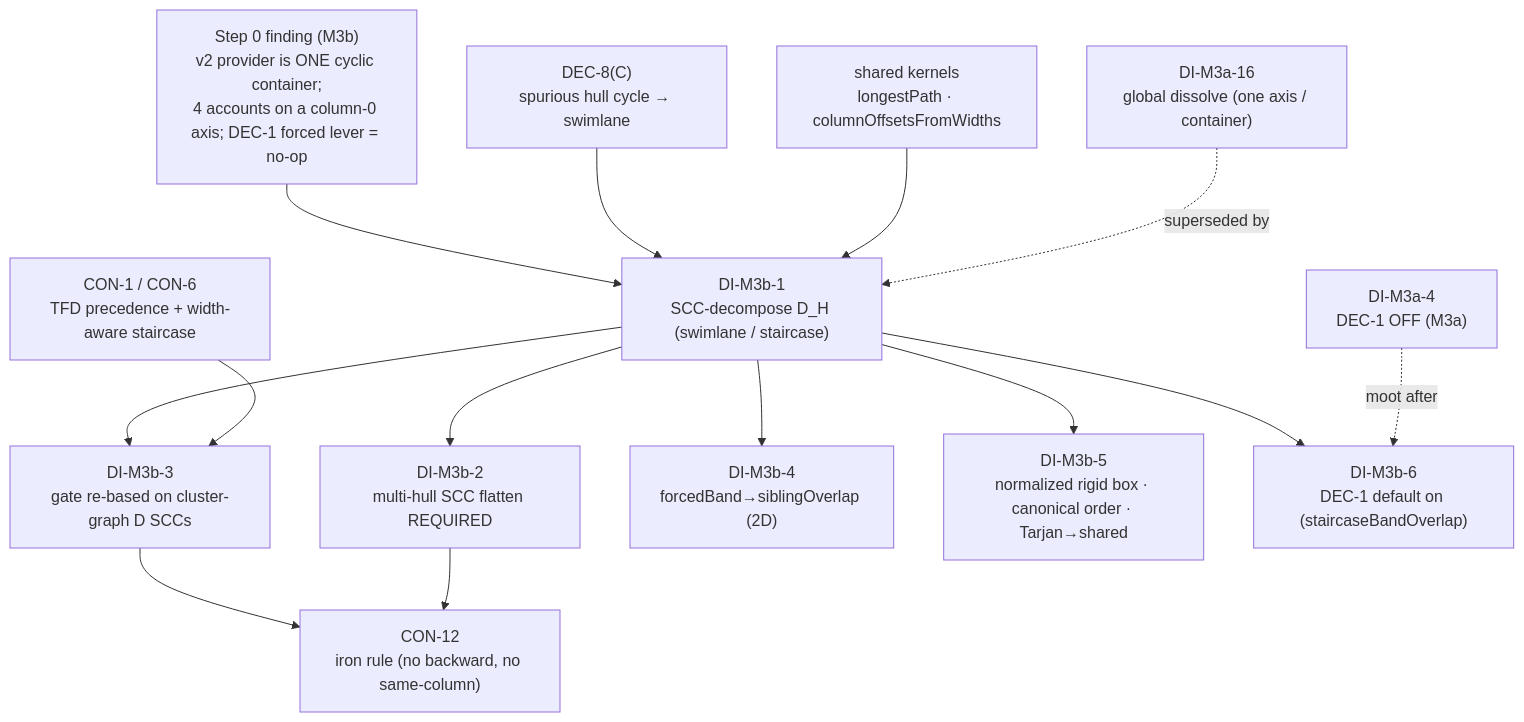
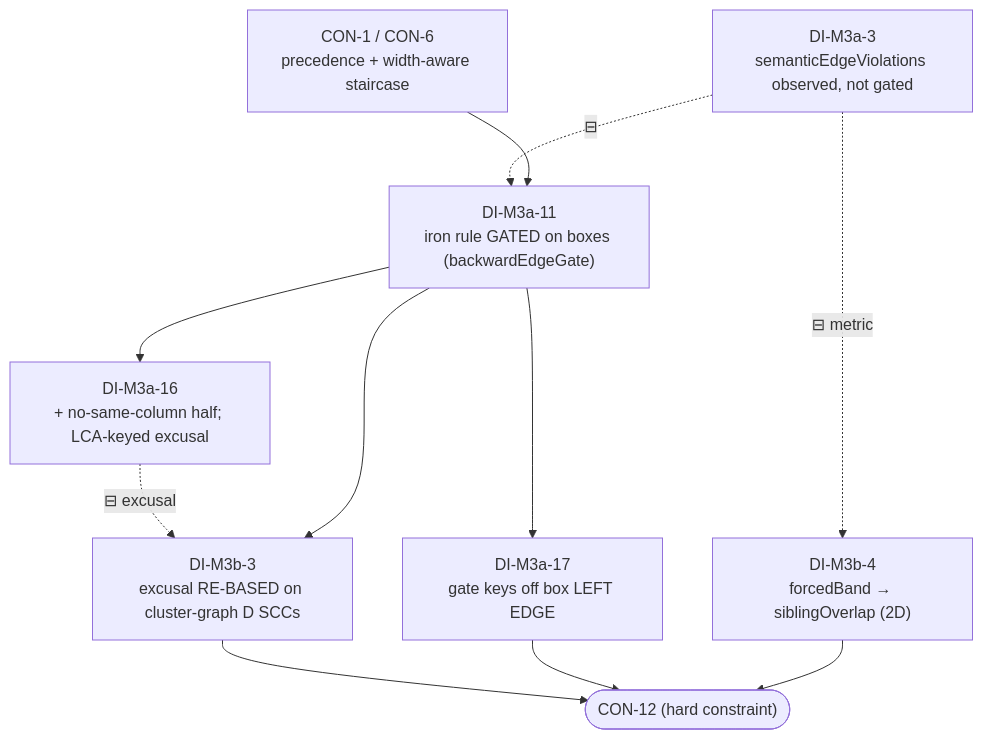
One commit to excalidraw/excalidraw changed the seventh of 13 diagrams in docs/pipeline-rcll-layout-design.md. Above: the diagram before and after it, drawn with Mermaid. The commit also changed other lines of this file, not shown here.

First line of the commit message:
docs(pipeline): RCLL RFC governance (DOC-1..5) + complete §34.4 decision dependency graph

````diff
--- a/docs/pipeline-rcll-layout-design.md
+++ b/docs/pipeline-rcll-layout-design.md
@@ -1386,32 +1492,21 @@
 ```mermaid
 flowchart TD
-  S0["Step 0 finding (M3b)\nv2 provider is ONE cyclic container;\n4 accounts on a column-0 axis; DEC-1 forced lever = no-op"]
-  DEC8C["DEC-8(C)\nspurious hull cycle → swimlane"]
-  CON1["CON-1 / CON-6\nTFD precedence + width-aware staircase"]
-  CON12["CON-12\niron rule (no backward, no same-column)"]
-  KER["shared kernels\nlongestPath · columnOffsetsFromWidths"]
-
-  DIM3b1["DI-M3b-1\nSCC-decompose D_H (swimlane / staircase)"]
-  DIM3b2["DI-M3b-2\nmulti-hull SCC flatten REQUIRED"]
-  DIM3b3["DI-M3b-3\ngate re-based on cluster-graph D SCCs"]
-  DIM3b4["DI-M3b-4\nforcedBand→siblingOverlap (2D)"]
-  DIM3b5["DI-M3b-5\nnormalized rigid box · canonical order · Tarjan→shared"]
-  DIM3b6["DI-M3b-6\nDEC-1 default on (staircaseBandOverlap)"]
-
-  DIM3a16["DI-M3a-16\nglobal dissolve (one axis / container)"]
-  DIM3a4["DI-M3a-4\nDEC-1 OFF (M3a)"]
-
-  S0 --> DIM3b1
-  DEC8C --> DIM3b1
-  KER --> DIM3b1
-  DIM3b1 --> DIM3b2
-  DIM3b1 --> DIM3b3
-  DIM3b1 --> DIM3b4
-  DIM3b1 --> DIM3b5
-  DIM3b1 --> DIM3b6
-  CON1 --> DIM3b3
-  DIM3b3 --> CON12
-  DIM3b2 --> CON12
-  DIM3a16 -. superseded by .-> DIM3b1
-  DIM3a4 -. moot after .-> DIM3b6
+  CON1["CON-1 / CON-6<br/>precedence + width-aware staircase"]
+  M3a3["DI-M3a-3<br/>semanticEdgeViolations observed, not gated"]
+  M3a11["DI-M3a-11<br/>iron rule GATED on boxes (backwardEdgeGate)"]
+  M3a16b["DI-M3a-16<br/>+ no-same-column half; LCA-keyed excusal"]
+  M3a17["DI-M3a-17<br/>gate keys off box LEFT EDGE"]
+  M3b3["DI-M3b-3<br/>excusal RE-BASED on cluster-graph D SCCs"]
+  M3b4["DI-M3b-4<br/>forcedBand → siblingOverlap (2D)"]
+  CON12(["CON-12 (hard constraint)"])
+  M3a3 -. ⊟ .-> M3a11
+  CON1 --> M3a11
+  M3a11 --> M3a16b
+  M3a11 --> M3a17
+  M3a16b -. ⊟ excusal .-> M3b3
+  M3a11 --> M3b3
+  M3b3 --> CON12
+  M3a17 --> CON12
+  M3a3 -. ⊟ metric .-> M3b4
+  M3b4 --> CON12
 ```
````
